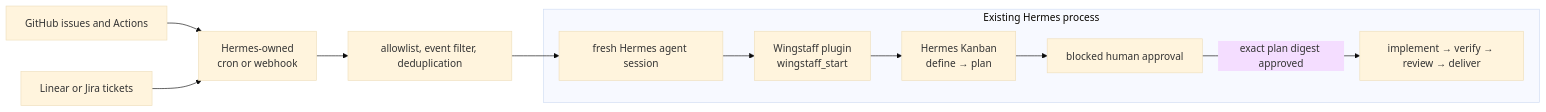
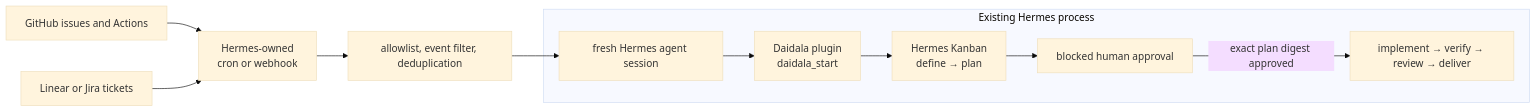
One commit to forgegod/daidala changed the diagram in docs/13-autonomous-triggering.md. Above: the diagram before and after it, drawn with Mermaid (base theme). The commit also changed other lines of this file and 28 other files, not shown here.

````diff
--- a/docs/13-autonomous-triggering.md
+++ b/docs/13-autonomous-triggering.md
@@ -17,14 +17,14 @@
 ```mermaid
 flowchart LR
     GH["GitHub issues and Actions"] --> T["Hermes-owned<br>cron or webhook"]
     LI["Linear or Jira tickets"] --> T
     T --> F["allowlist, event filter, deduplication"]
     F --> A["fresh Hermes agent session"]
 
     subgraph H["Existing Hermes process"]
-        A --> W["Wingstaff plugin<br>wingstaff_start"]
+        A --> W["Daidala plugin<br>daidala_start"]
         W --> K["Hermes Kanban<br>define → plan"]
         K --> G["blocked human approval"]
         G -->|"exact plan digest approved"| E["implement → verify → review → deliver"]
     end
 ```
````
